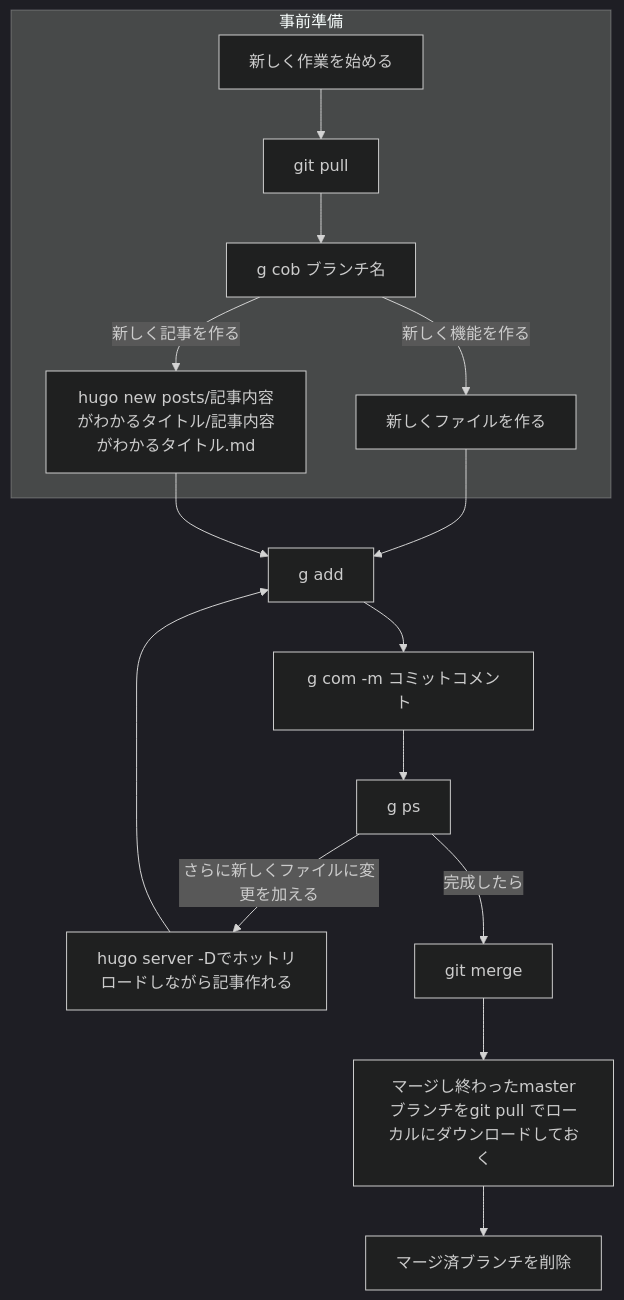
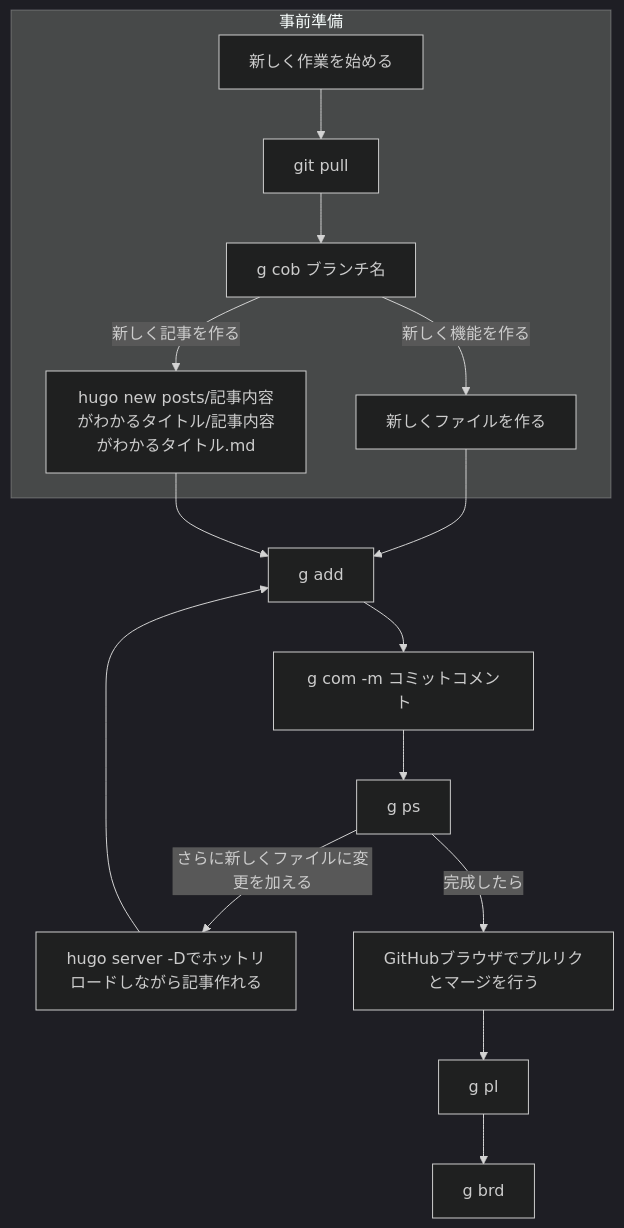
Before and after one commit to zuzuzunta0/newblog2: the diagram in README.md, drawn with Mermaid (dark theme).

Commit message:
update git flow graph

````diff
--- a/README.md
+++ b/README.md
@@ -13,18 +13,18 @@
 ```mermaid
 flowchart TB
   subgraph 事前準備
   a[新しく作業を始める] --> b1[git pull]
   b1 --> e[g cob ブランチ名]
   e --> |"新しく機能を作る"|c[新しくファイルを作る]
   e -->|"新しく記事を作る"| d["hugo new posts/記事内容がわかるタイトル/記事内容がわかるタイトル.md"]
   end
   c --> f["g add"]
   d --> f
   f --> g["g com -m "コミットコメント""]
   g --> h["g ps"]
   h --> |"さらに新しくファイルに変更を加える"|f1["hugo server -Dでホットリロードしながら記事作れる"]
   f1 --> f
-  h --> |完成したら|i["git merge"]
-  i --> i1["マージし終わったmasterブランチをgit pull でローカルにダウンロードしておく"]
-  i1 --> j["マージ済ブランチを削除"]
+  h --> |完成したら|i["GitHubブラウザでプルリクとマージを行う"]
+  i --> i1["g pl"]
+  i1 --> j["g brd"]
 ```
````
